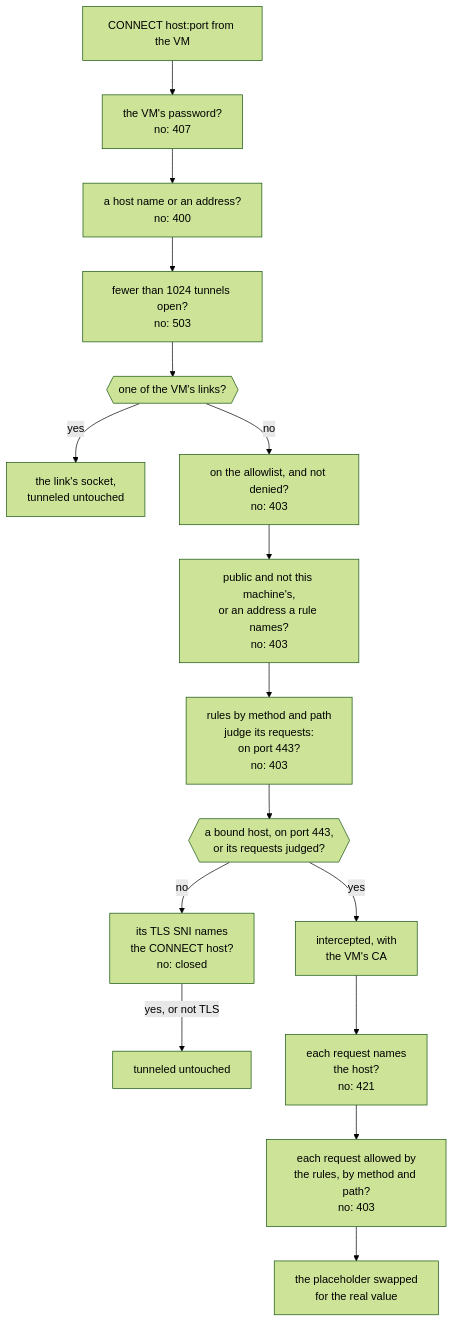
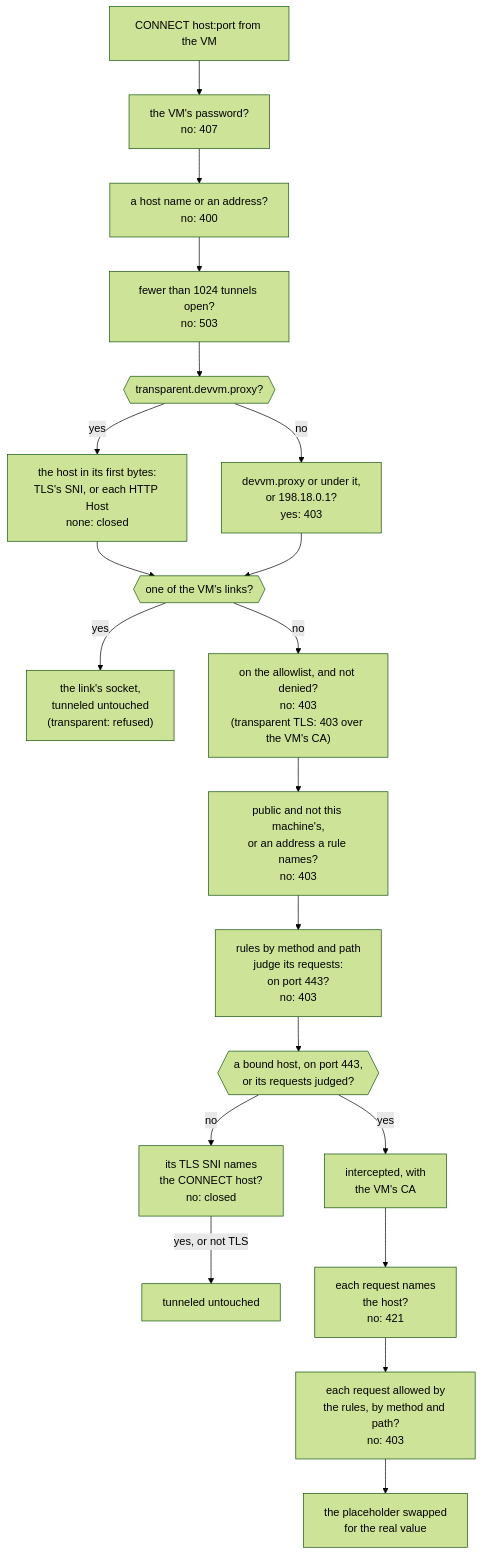
The first of 2 diagrams in docs/content/docs/internals/network.md (DustyPolk/devvm), drawn with Mermaid (forest theme) before and after one commit. The commit also changed other lines of this file and 62 other files, not shown here.

````diff
--- a/docs/content/docs/internals/network.md
+++ b/docs/content/docs/internals/network.md
@@ -48,18 +49,22 @@
 ```mermaid
 flowchart TD
   conn["CONNECT host:port from the VM"] --> pw["the VM's password?<br>no: 407"]
   pw --> name["a host name or an address?<br>no: 400"]
   name --> room["fewer than 1024 tunnels open?<br>no: 503"]
-  room --> link{{"one of the VM's links?"}}
-  link -- "yes" --> linked["the link's socket,<br>tunneled untouched"]
-  link -- "no" --> allow["on the allowlist, and not denied?<br>no: 403"]
+  room --> reserved{{"transparent.devvm.proxy?"}}
+  reserved -- "yes" --> named0["the host in its first bytes:<br>TLS's SNI, or each HTTP Host<br>none: closed"]
+  named0 --> link
+  reserved -- "no" --> own["devvm.proxy or under it,<br>or 198.18.0.1?<br>yes: 403"]
+  own --> link{{"one of the VM's links?"}}
+  link -- "yes" --> linked["the link's socket,<br>tunneled untouched<br>(transparent: refused)"]
+  link -- "no" --> allow["on the allowlist, and not denied?<br>no: 403<br>(transparent TLS: 403 over the VM's CA)"]
   allow --> floor["public and not this machine's,<br>or an address a rule names?<br>no: 403"]
   floor --> narrowed["rules by method and path<br>judge its requests:<br>on port 443?<br>no: 403"]
   narrowed --> bound{{"a bound host, on port 443,<br>or its requests judged?"}}
   bound -- "no" --> sni["its TLS SNI names<br>the CONNECT host?<br>no: closed"]
   sni -- "yes, or not TLS" --> tunnel["tunneled untouched"]
   bound -- "yes" --> intercept["intercepted, with<br>the VM's CA"]
   intercept --> named["each request names<br>the host?<br>no: 421"]
   named --> rules["each request allowed by<br>the rules, by method and path?<br>no: 403"]
   rules --> swap["the placeholder swapped<br>for the real value"]
 ```
````
